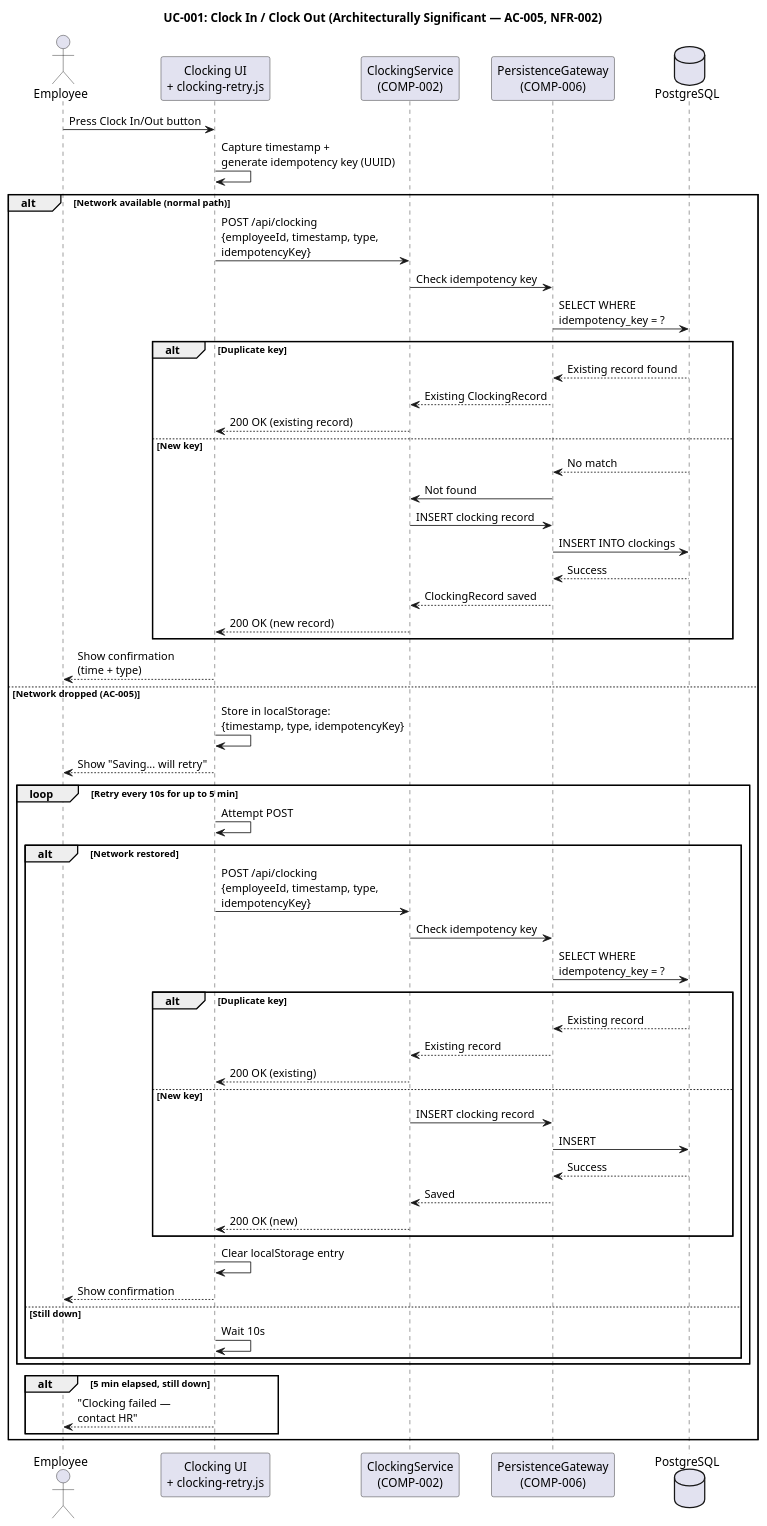
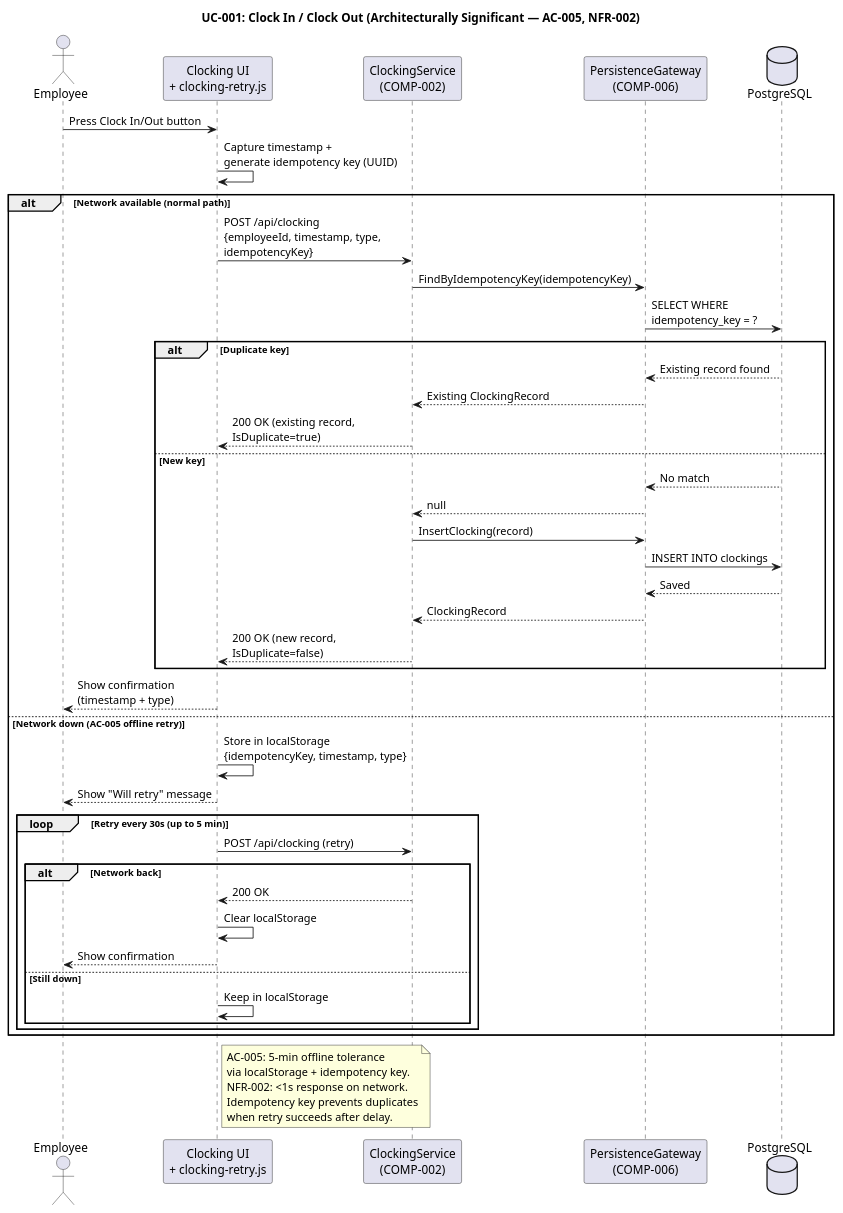
One commit to banense-test/portal-cuba-corp changed the second of 28 diagrams in docs/artifacts/analysis---design/design-model.md. Above: the diagram before and after it, drawn with PlantUML. The commit also changed other lines of this file, not shown here.

````diff
--- a/docs/artifacts/analysis---design/design-model.md
+++ b/docs/artifacts/analysis---design/design-model.md
@@ -255,68 +257,57 @@
 ```plantuml
 @startuml
 title UC-001: Clock In / Clock Out (Architecturally Significant — AC-005, NFR-002)
 
 actor Employee as EMP
 participant "Clocking UI\n+ clocking-retry.js" as UI
 participant "ClockingService\n(COMP-002)" as SVC
 participant "PersistenceGateway\n(COMP-006)" as DB
 database "PostgreSQL" as PG
 
 EMP -> UI : Press Clock In/Out button
 UI -> UI : Capture timestamp +\ngenerate idempotency key (UUID)
 
 alt Network available (normal path)
   UI -> SVC : POST /api/clocking\n{employeeId, timestamp, type,\nidempotencyKey}
-  SVC -> DB : Check idempotency key
+  SVC -> DB : FindByIdempotencyKey(idempotencyKey)
   DB -> PG : SELECT WHERE\nidempotency_key = ?
   
   alt Duplicate key
     PG --> DB : Existing record found
     DB --> SVC : Existing ClockingRecord
-    SVC --> UI : 200 OK (existing record)
+    SVC --> UI : 200 OK (existing record,\nIsDuplicate=true)
   else New key
     PG --> DB : No match
-    DB -> SVC : Not found
-    SVC -> DB : INSERT clocking record
+    DB --> SVC : null
+    SVC -> DB : InsertClocking(record)
     DB -> PG : INSERT INTO clockings
-    PG --> DB : Success
-    DB --> SVC : ClockingRecord saved
-    SVC --> UI : 200 OK (new record)
+    PG --> DB : Saved
+    DB --> SVC : ClockingRecord
+    SVC --> UI : 200 OK (new record,\nIsDuplicate=false)
   end
-  
-  UI --> EMP : Show confirmation\n(time + type)
-else Network dropped (AC-005)
-  UI -> UI : Store in localStorage:\n{timestamp, type, idempotencyKey}
-  UI --> EMP : Show "Saving... will retry"
-  
-  loop Retry every 10s for up to 5 min
-    UI -> UI : Attempt POST
-    alt Network restored
-      UI -> SVC : POST /api/clocking\n{employeeId, timestamp, type,\nidempotencyKey}
-      SVC -> DB : Check idempotency key
-      DB -> PG : SELECT WHERE\nidempotency_key = ?
-      alt Duplicate key
-        PG --> DB : Existing record
-        DB --> SVC : Existing record
-        SVC --> UI : 200 OK (existing)
-      else New key
-        SVC -> DB : INSERT clocking record
-        DB -> PG : INSERT
-        PG --> DB : Success
-        DB --> SVC : Saved
-        SVC --> UI : 200 OK (new)
-      end
-      UI -> UI : Clear localStorage entry
+  UI --> EMP : Show confirmation\n(timestamp + type)
+else Network down (AC-005 offline retry)
+  UI -> UI : Store in localStorage\n{idempotencyKey, timestamp, type}
+  UI --> EMP : Show "Will retry" message
+  loop Retry every 30s (up to 5 min)
+    UI -> SVC : POST /api/clocking (retry)
+    alt Network back
+      SVC --> UI : 200 OK
+      UI -> UI : Clear localStorage
       UI --> EMP : Show confirmation
     else Still down
-      UI -> UI : Wait 10s
+      UI -> UI : Keep in localStorage
     end
-  end
-  
-  alt 5 min elapsed, still down
-    UI --> EMP : "Clocking failed —\ncontact HR"
   end
 end
 
+note right of UI
+  AC-005: 5-min offline tolerance
+  via localStorage + idempotency key.
+  NFR-002: <1s response on network.
+  Idempotency key prevents duplicates
+  when retry succeeds after delay.
+end note
+
 @enduml
 ```
````
